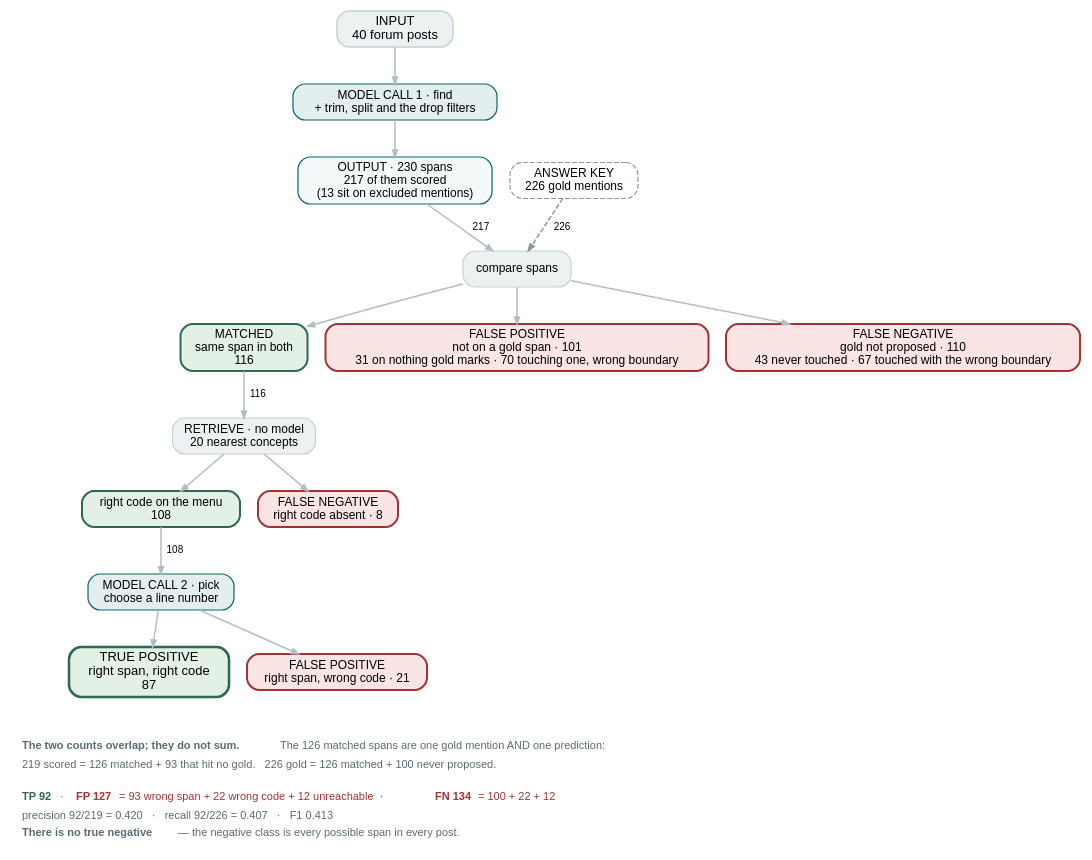
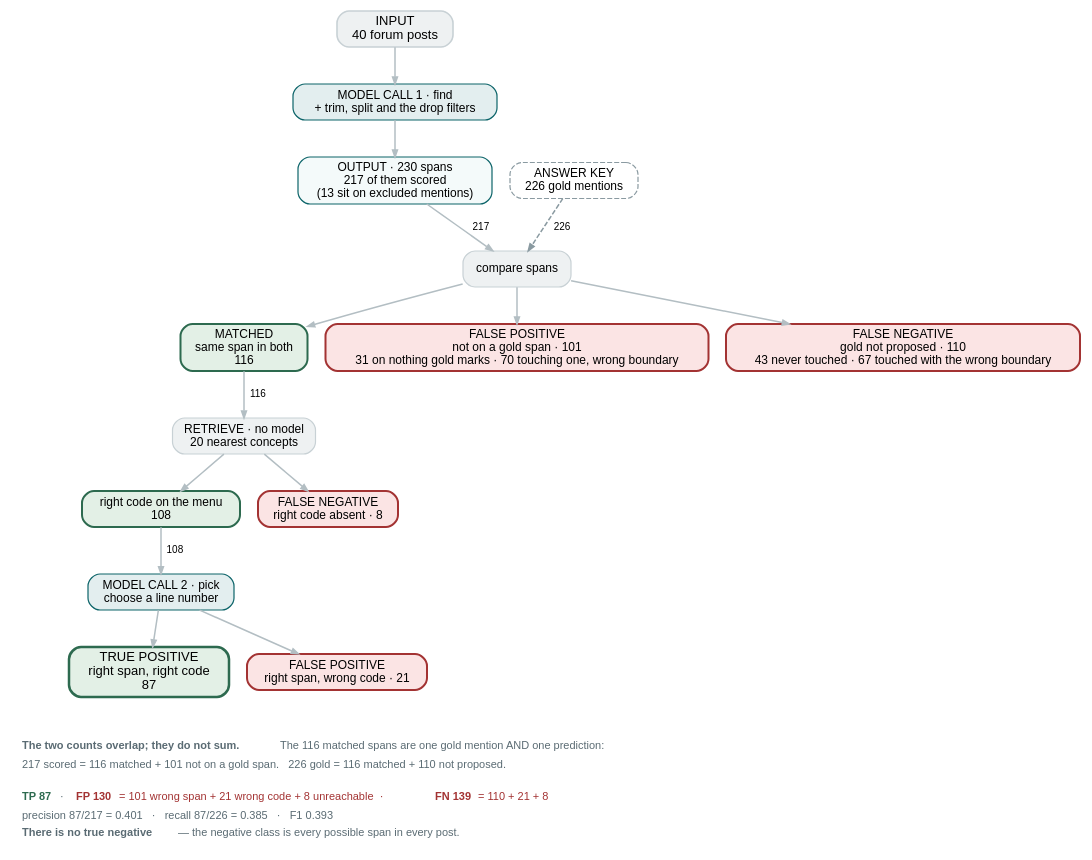
One commit to wbagais/reliability-ladder changed the diagram in docs/figures/fig9-funnel.dot. Above: the diagram before and after it, drawn with Graphviz. The commit also changed 21 other files, not shown here.

```diff
--- a/docs/figures/fig9-funnel.dot
+++ b/docs/figures/fig9-funnel.dot
@@ -1,70 +1,70 @@
 // Where rung 0's answers go, CADEC dev, rerun-cadec-d0 (2026-09-03; draw 1 identical).
 //
 // THE INPUT IS 40 POSTS. Everything else is either something the system
 // produced or something the answer key says. Gold is NOT an input — it is the
 // key the output is compared against afterwards, drawn dashed for that reason.
 //
 // THREE OUTCOMES, NOT FOUR. A true negative would be a span correctly not
 // extracted, and the negative class is every possible span in every post —
 // unbounded, so uncountable. Hence precision/recall/F1, none of which use TN.
 // FiNER is the exception: its candidates are the numeric tokens, which ARE
 // enumerable, so "correctly tagged nothing" is measurable there.
 //
 // 230 records are emitted; 13 sit on mentions excluded from scoring and are
 // neither credited nor blamed; 217 are scored. Counts are score_run's and
 // ladder/analysis.error_budget's (out/rerun/cadec.json).
 //
 // COLOUR KEY — the article's, unchanged:
 //   teal  #0c6469  a model runs here     green #2d6a4f  correct
 //   red   #a33333  wrong or lost         grey  #5a6b73  a stage, no verdict
 digraph funnel {
   rankdir=TB; bgcolor="white";
   node [shape=box style="filled,rounded" fontname="Helvetica" fontsize=12
         color="#c8d1d5" penwidth=1.2];
   edge [color="#b3bec3" penwidth=1.5 arrowsize=0.7 fontname="Helvetica" fontsize=10];
 
   input [label="INPUT\n40 forum posts" fillcolor="#eef1f2" fontsize=13 penwidth=1.6];
   find  [label="MODEL CALL 1 · find\n+ trim, split and the drop filters" fillcolor="#e3eeef" color="#0c6469"];
   out1  [label="OUTPUT · 230 spans\n217 of them scored\n(13 sit on excluded mentions)" fillcolor="#f4fafa" color="#0c6469"];
 
   key   [label="ANSWER KEY\n226 gold mentions" fillcolor="#ffffff" color="#8a9aa1"
          style="dashed,rounded" fontsize=12];
   cmp   [label="compare spans" fillcolor="#eef1f2" shape=box];
 
   found [label="MATCHED\nsame span in both\n116" fillcolor="#e3f0e6" color="#2d6a4f" penwidth=2];
   fp1   [label="FALSE POSITIVE\nnot on a gold span · 101\n31 on nothing gold marks · 70 touching one, wrong boundary" fillcolor="#fbe4e4" color="#a33333" penwidth=2];
   fn1   [label="FALSE NEGATIVE\ngold not proposed · 110\n43 never touched · 67 touched with the wrong boundary" fillcolor="#fbe4e4" color="#a33333" penwidth=2];
 
   ret    [label="RETRIEVE · no model\n20 nearest concepts" fillcolor="#eef1f2"];
   onmenu [label="right code on the menu\n108" fillcolor="#e3f0e6" color="#2d6a4f" penwidth=2];
   fn2    [label="FALSE NEGATIVE\nright code absent · 8" fillcolor="#fbe4e4" color="#a33333" penwidth=2];
 
   pick   [label="MODEL CALL 2 · pick\nchoose a line number" fillcolor="#e3eeef" color="#0c6469"];
   tp     [label="TRUE POSITIVE\nright span, right code\n87" fillcolor="#e3f0e6" color="#2d6a4f" penwidth=2.5 fontsize=13];
   fp2    [label="FALSE POSITIVE\nright span, wrong code · 21" fillcolor="#fbe4e4" color="#a33333" penwidth=2];
 
   input -> find -> out1;
   out1 -> cmp [label="  217"];
   key  -> cmp [label="  226  " style=dashed color="#8a9aa1"];
   cmp -> found; cmp -> fp1; cmp -> fn1;
   found -> ret [label="  116"];
   ret -> onmenu; ret -> fn2;
   onmenu -> pick [label="  108"];
   pick -> tp; pick -> fp2;
 
   { rank=same; out1; key }
   { rank=same; fn1; found; fp1 }
   { rank=same; onmenu; fn2 }
   { rank=same; tp; fp2 }
 
   note [shape=plaintext style="" fillcolor="white"
         label=<<TABLE BORDER="0" CELLBORDER="0" CELLSPACING="0" CELLPADDING="3">
-        <TR><TD ALIGN="LEFT"><FONT POINT-SIZE="11" COLOR="#5a6b73"><B>The two counts overlap; they do not sum.</B> The 126 matched spans are one gold mention AND one prediction:</FONT></TD></TR>
-        <TR><TD ALIGN="LEFT"><FONT POINT-SIZE="11" COLOR="#5a6b73">219 scored = 126 matched + 93 that hit no gold. &#160; 226 gold = 126 matched + 100 never proposed.</FONT></TD></TR>
+        <TR><TD ALIGN="LEFT"><FONT POINT-SIZE="11" COLOR="#5a6b73"><B>The two counts overlap; they do not sum.</B> The 116 matched spans are one gold mention AND one prediction:</FONT></TD></TR>
+        <TR><TD ALIGN="LEFT"><FONT POINT-SIZE="11" COLOR="#5a6b73">217 scored = 116 matched + 101 not on a gold span. &#160; 226 gold = 116 matched + 110 not proposed.</FONT></TD></TR>
         <TR><TD ALIGN="LEFT"><FONT POINT-SIZE="8"> </FONT></TD></TR>
-        <TR><TD ALIGN="LEFT"><FONT POINT-SIZE="11" COLOR="#2d6a4f"><B>TP 92</B></FONT><FONT POINT-SIZE="11" COLOR="#5a6b73">  ·  </FONT><FONT POINT-SIZE="11" COLOR="#a33333"><B>FP 127</B> = 93 wrong span + 22 wrong code + 12 unreachable  ·  <B>FN 134</B> = 100 + 22 + 12</FONT></TD></TR>
-        <TR><TD ALIGN="LEFT"><FONT POINT-SIZE="11" COLOR="#5a6b73">precision 92/219 = 0.420   ·   recall 92/226 = 0.407   ·   F1 0.413</FONT></TD></TR>
+        <TR><TD ALIGN="LEFT"><FONT POINT-SIZE="11" COLOR="#2d6a4f"><B>TP 87</B></FONT><FONT POINT-SIZE="11" COLOR="#5a6b73">  ·  </FONT><FONT POINT-SIZE="11" COLOR="#a33333"><B>FP 130</B> = 101 wrong span + 21 wrong code + 8 unreachable  ·  <B>FN 139</B> = 110 + 21 + 8</FONT></TD></TR>
+        <TR><TD ALIGN="LEFT"><FONT POINT-SIZE="11" COLOR="#5a6b73">precision 87/217 = 0.401   ·   recall 87/226 = 0.385   ·   F1 0.393</FONT></TD></TR>
         <TR><TD ALIGN="LEFT"><FONT POINT-SIZE="11" COLOR="#5a6b73"><B>There is no true negative</B> — the negative class is every possible span in every post.</FONT></TD></TR>
         </TABLE>>];
   fp2 -> note [style=invis];
 }
```
